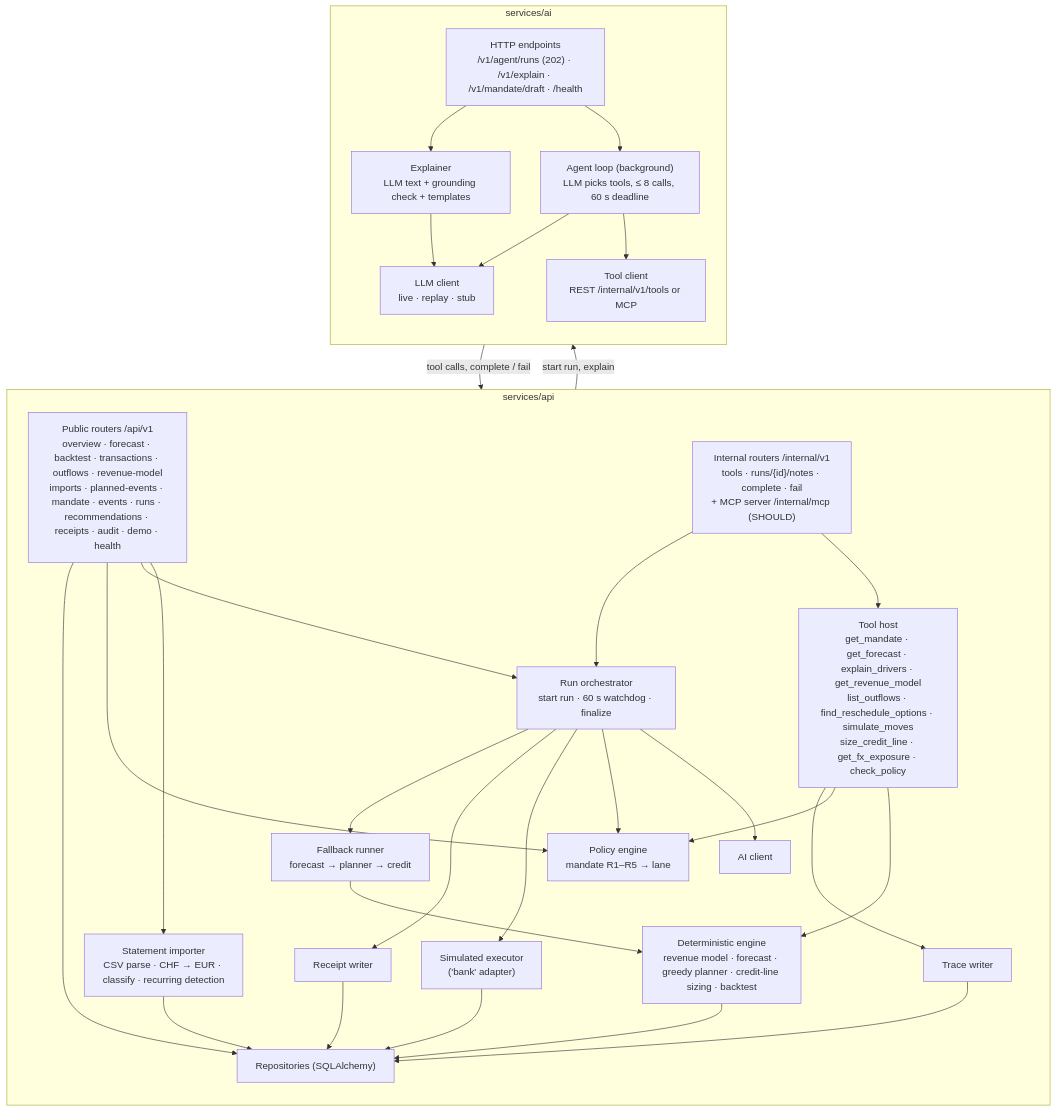
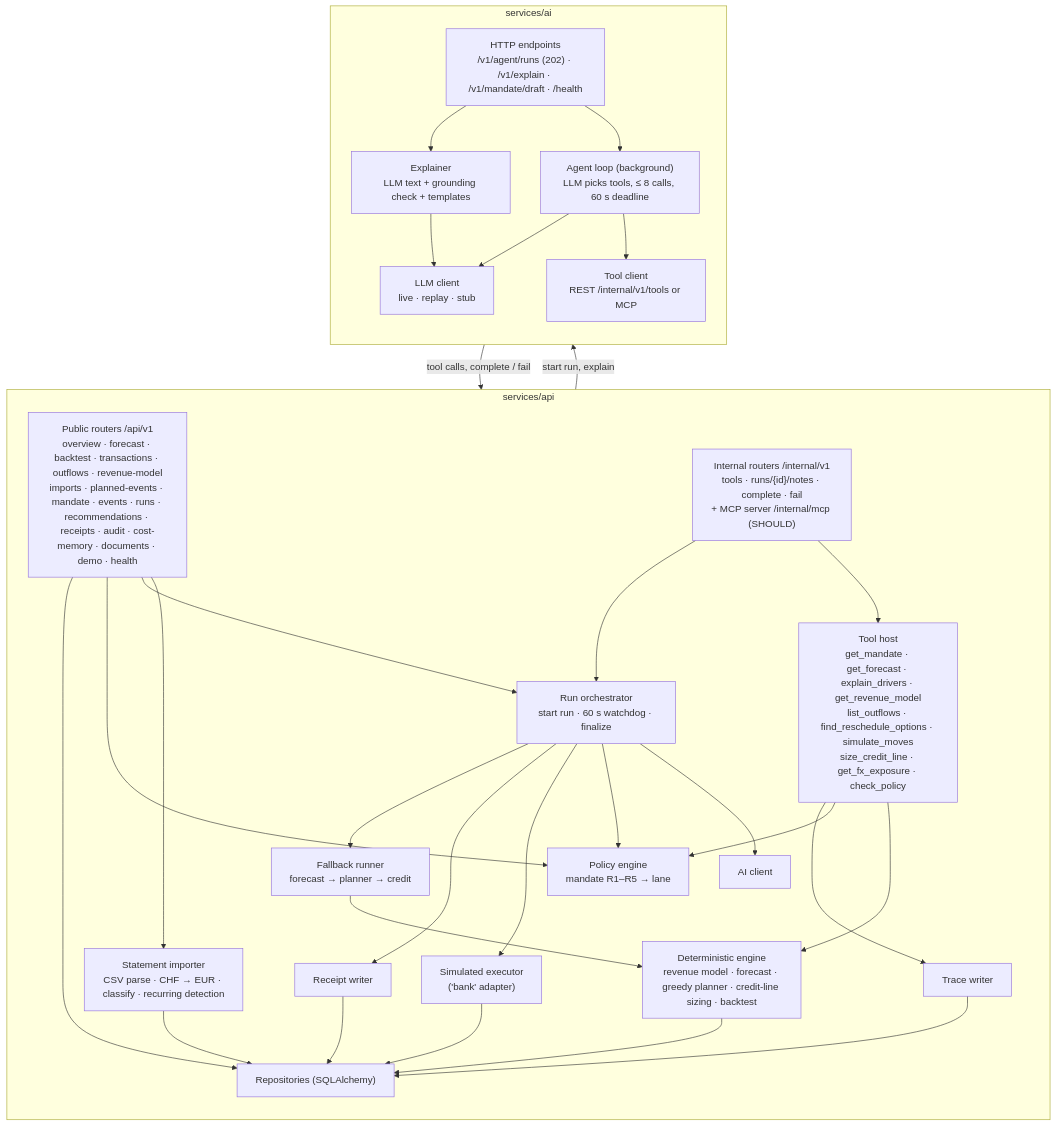
The third of 18 diagrams in docs/ARCHITECTURE.md (hold-my-laptop/autonomous-cfo), drawn with Mermaid before and after one commit. The commit also changed 14 other files, not shown here.

Commit message:
Added Cost Memory from the statement, contracts and valid price lists, with GET /cost-memory and the documents API including highlight boxes and the PDF file

````diff
--- a/docs/ARCHITECTURE.md
+++ b/docs/ARCHITECTURE.md
@@ -60,56 +60,56 @@
 ```mermaid
 flowchart TB
   subgraph API["services/api"]
     direction TB
-    public["Public routers /api/v1<br/>overview · forecast · backtest · transactions · outflows · revenue-model<br/>imports · planned-events · mandate · events · runs · recommendations · receipts · audit · demo · health"]
+    public["Public routers /api/v1<br/>overview · forecast · backtest · transactions · outflows · revenue-model<br/>imports · planned-events · mandate · events · runs · recommendations · receipts · audit · cost-memory · documents · demo · health"]
     internal["Internal routers /internal/v1<br/>tools · runs/{id}/notes · complete · fail<br/>+ MCP server /internal/mcp (SHOULD)"]
     importer["Statement importer<br/>CSV parse · CHF → EUR · classify · recurring detection"]
     orchestrator["Run orchestrator<br/>start run · 60 s watchdog · finalize"]
     toolhost["Tool host<br/>get_mandate · get_forecast · explain_drivers · get_revenue_model<br/>list_outflows · find_reschedule_options · simulate_moves<br/>size_credit_line · get_fx_exposure · check_policy"]
     engine["Deterministic engine<br/>revenue model · forecast · greedy planner · credit-line sizing · backtest"]
     policy["Policy engine<br/>mandate R1–R5 → lane"]
     fallback["Fallback runner<br/>forecast → planner → credit"]
     executor["Simulated executor<br/>('bank' adapter)"]
     receipts["Receipt writer"]
     trace["Trace writer"]
     aiclient["AI client"]
     repo["Repositories (SQLAlchemy)"]
 
     public --> importer --> repo
     public --> orchestrator
     public --> policy
     public --> repo
     internal --> toolhost
     internal --> orchestrator
     toolhost --> engine
     toolhost --> policy
     toolhost --> trace
     orchestrator --> aiclient
     orchestrator --> policy
     orchestrator --> executor
     orchestrator --> receipts
     orchestrator --> fallback --> engine
     engine --> repo
     executor --> repo
     receipts --> repo
     trace --> repo
   end
 
   subgraph AI["services/ai"]
     direction TB
     endpoints["HTTP endpoints<br/>/v1/agent/runs (202) · /v1/explain · /v1/mandate/draft · /health"]
     agent["Agent loop (background)<br/>LLM picks tools, ≤ 8 calls, 60 s deadline"]
     toolclient["Tool client<br/>REST /internal/v1/tools or MCP"]
     explainer["Explainer<br/>LLM text + grounding check + templates"]
     llmclient["LLM client<br/>live · replay · stub"]
 
     endpoints --> agent
     endpoints --> explainer
     agent --> llmclient
     agent --> toolclient
     explainer --> llmclient
   end
 
   aiclient -- "start run, explain" --> endpoints
   toolclient -- "tool calls, complete / fail" --> internal
 ```
````
